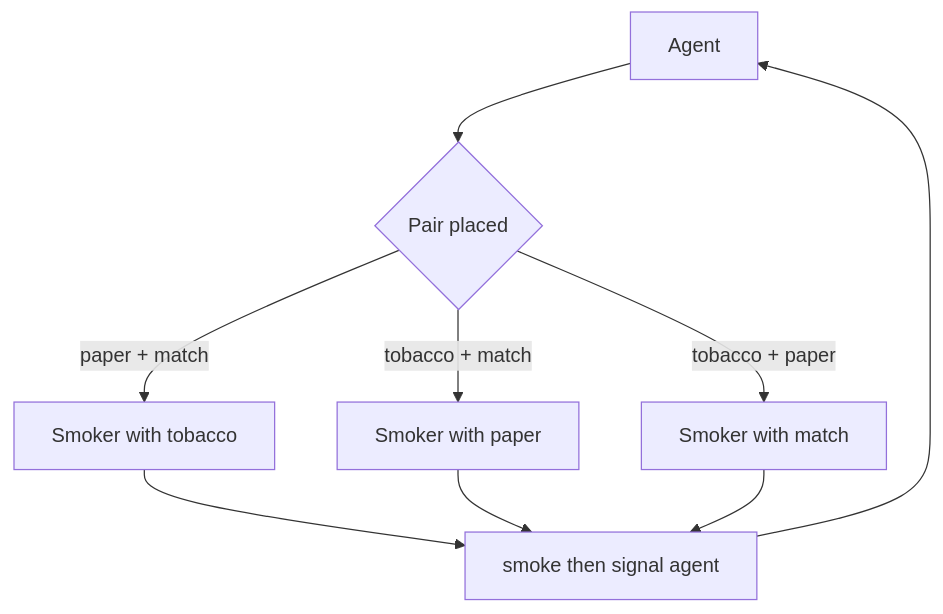
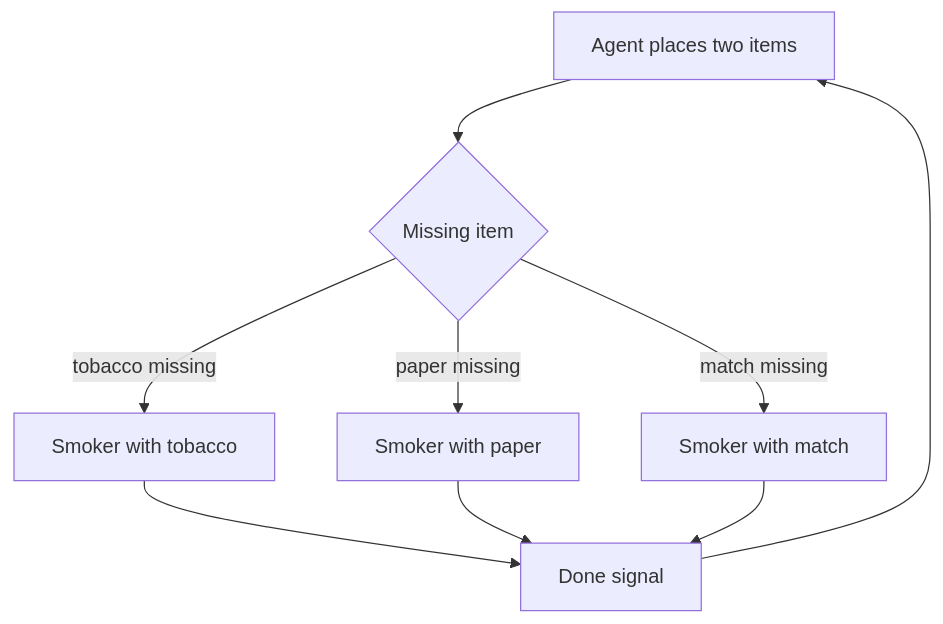
Before and after one commit to mthaiseer/springcloud-systemdesign-notes: diagram 11 of 29 in HLD_NOTES/003_TECHNOLOGY_DEEP_DIVE/core-java/java_concurrency_visual_reference.md, drawn with Mermaid. The commit also changed other lines of this file, not shown here.

````diff
--- a/HLD_NOTES/003_TECHNOLOGY_DEEP_DIVE/core-java/java_concurrency_visual_reference.md
+++ b/HLD_NOTES/003_TECHNOLOGY_DEEP_DIVE/core-java/java_concurrency_visual_reference.md
@@ -594,11 +628,11 @@
 ```mermaid
 flowchart TD
-    A[Agent] --> P{Pair placed}
-    P -->|paper + match| T[Smoker with tobacco]
-    P -->|tobacco + match| PA[Smoker with paper]
-    P -->|tobacco + paper| M[Smoker with match]
-    T --> Done[smoke then signal agent]
-    PA --> Done
-    M --> Done
-    Done --> A
+    A[Agent places two items] --> T{Missing item}
+    T -- tobacco missing --> S1[Smoker with tobacco]
+    T -- paper missing --> S2[Smoker with paper]
+    T -- match missing --> S3[Smoker with match]
+    S1 --> D[Done signal]
+    S2 --> D
+    S3 --> D
+    D --> A
 ```
````
